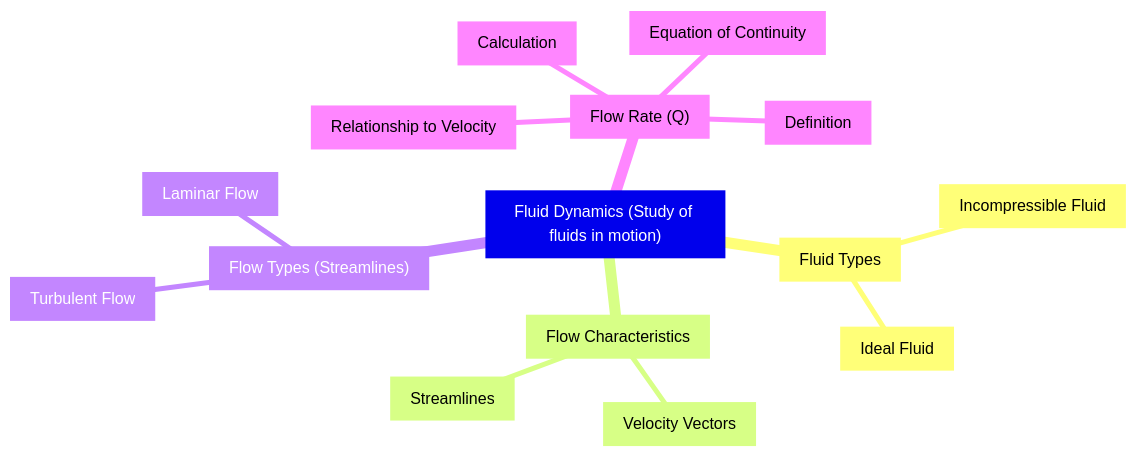
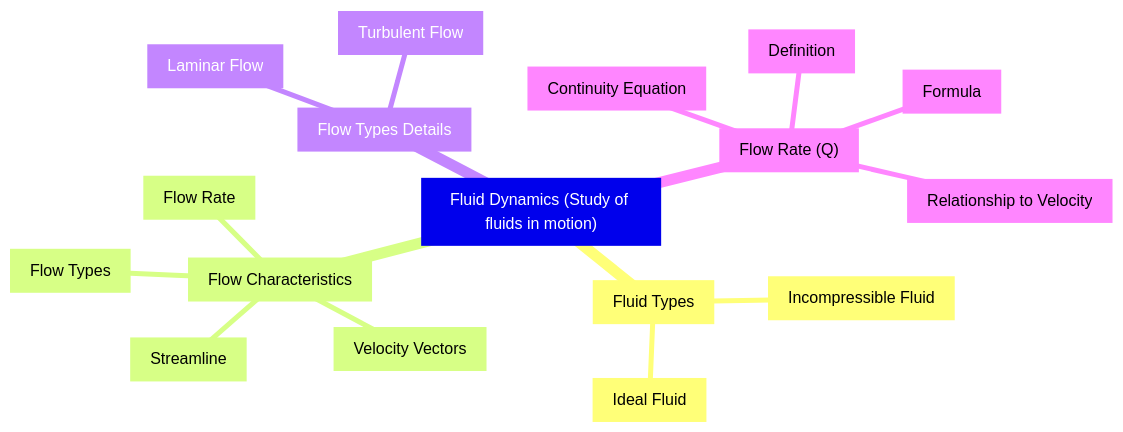
Before and after one commit to Kunsh162007/margin: the fifth of 5 diagrams in evals/results/notes/uphys1-notes.md, drawn with Mermaid. The commit also changed other lines of this file and 23 other files, not shown here.

````diff
--- a/evals/results/notes/uphys1-notes.md
+++ b/evals/results/notes/uphys1-notes.md
@@ -266,18 +305,20 @@
 ```mermaid
 mindmap
   n0["Fluid Dynamics (Study of fluids in motion)"]
     n1["Fluid Types"]
       n2["Ideal Fluid"]
       n3["Incompressible Fluid"]
     n4["Flow Characteristics"]
       n5["Velocity Vectors"]
-      n6["Streamlines"]
-    n7["Flow Types (Streamlines)"]
-      n8["Laminar Flow"]
-      n9["Turbulent Flow"]
-    n10["Flow Rate (Q)"]
-      n11["Definition"]
-      n12["Calculation"]
-      n13["Relationship to Velocity"]
-      n14["Equation of Continuity"]
+      n6["Streamline"]
+      n7["Flow Types"]
+      n8["Flow Rate"]
+    n9["Flow Types Details"]
+      n10["Laminar Flow"]
+      n11["Turbulent Flow"]
+    n12["Flow Rate (Q)"]
+      n13["Definition"]
+      n14["Formula"]
+      n15["Relationship to Velocity"]
+      n16["Continuity Equation"]
 ```
````
